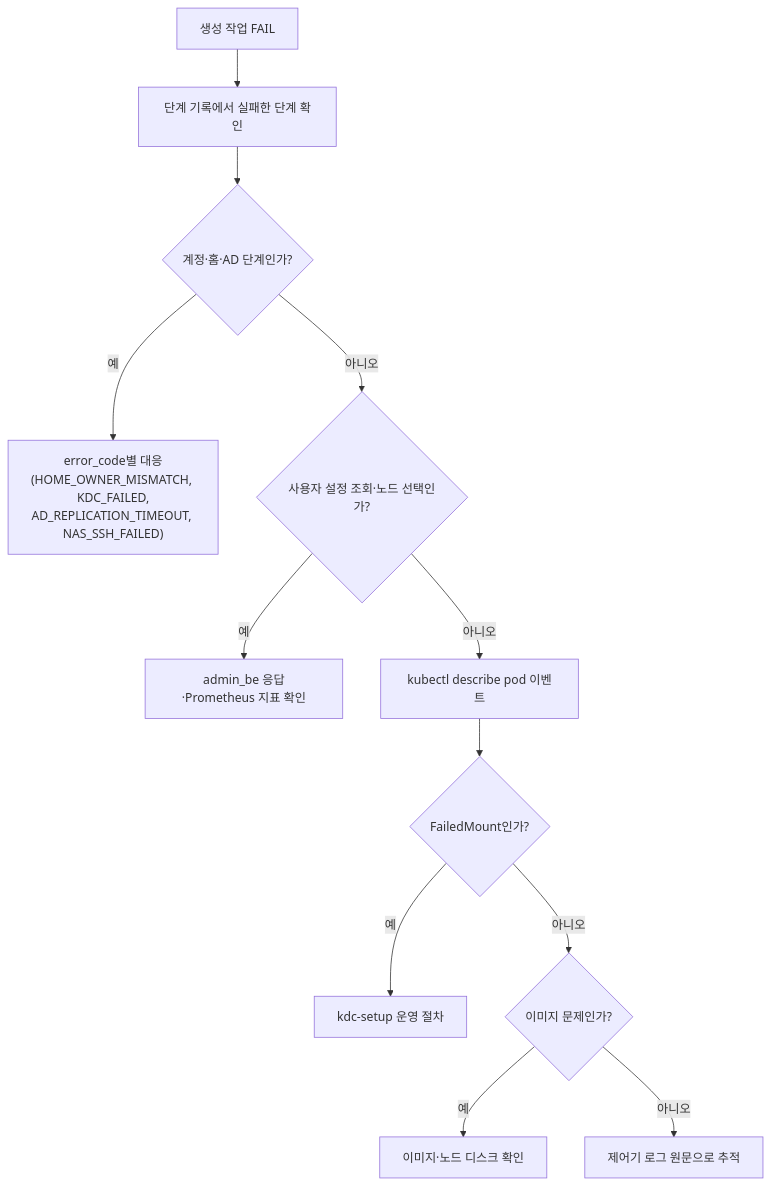
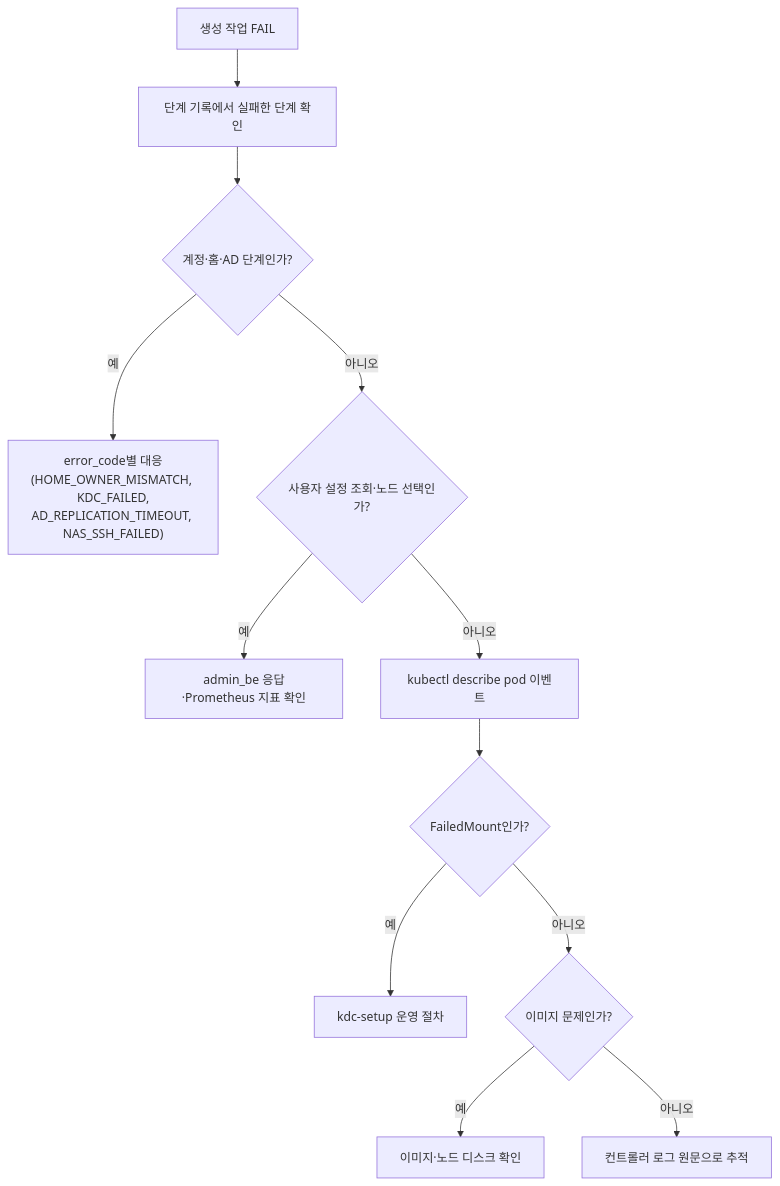
One commit to CSID-DGU/admin_wiki changed the first of 2 diagrams in md/infra/operations/운영-매뉴얼.md. Above: the diagram before and after it, drawn with Mermaid. The commit also changed other lines of this file and 14 other files, not shown here.

````diff
--- a/md/infra/operations/운영-매뉴얼.md
+++ b/md/infra/operations/운영-매뉴얼.md
@@ -446,14 +446,14 @@
 ```mermaid
 flowchart TD
     A["생성 작업 FAIL"] --> B["단계 기록에서 실패한 단계 확인"]
     B --> C{"계정·홈·AD 단계인가?"}
     C -->|"예"| D["error_code별 대응<br/>(HOME_OWNER_MISMATCH, KDC_FAILED,<br/>AD_REPLICATION_TIMEOUT, NAS_SSH_FAILED)"]
     C -->|"아니오"| E{"사용자 설정 조회·노드 선택인가?"}
     E -->|"예"| F["admin_be 응답·Prometheus 지표 확인"]
     E -->|"아니오"| G["kubectl describe pod 이벤트"]
     G --> H{"FailedMount인가?"}
     H -->|"예"| I["kdc-setup 운영 절차"]
     H -->|"아니오"| J{"이미지 문제인가?"}
     J -->|"예"| K["이미지·노드 디스크 확인"]
-    J -->|"아니오"| L["제어기 로그 원문으로 추적"]
+    J -->|"아니오"| L["컨트롤러 로그 원문으로 추적"]
 ```
````
